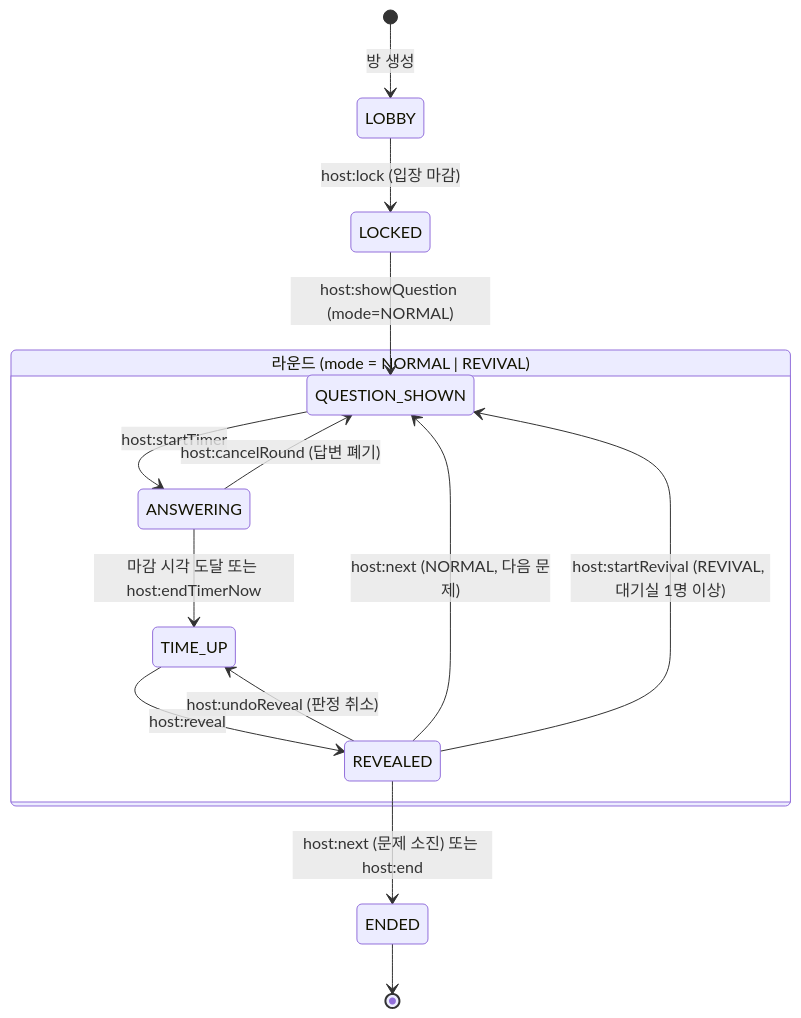
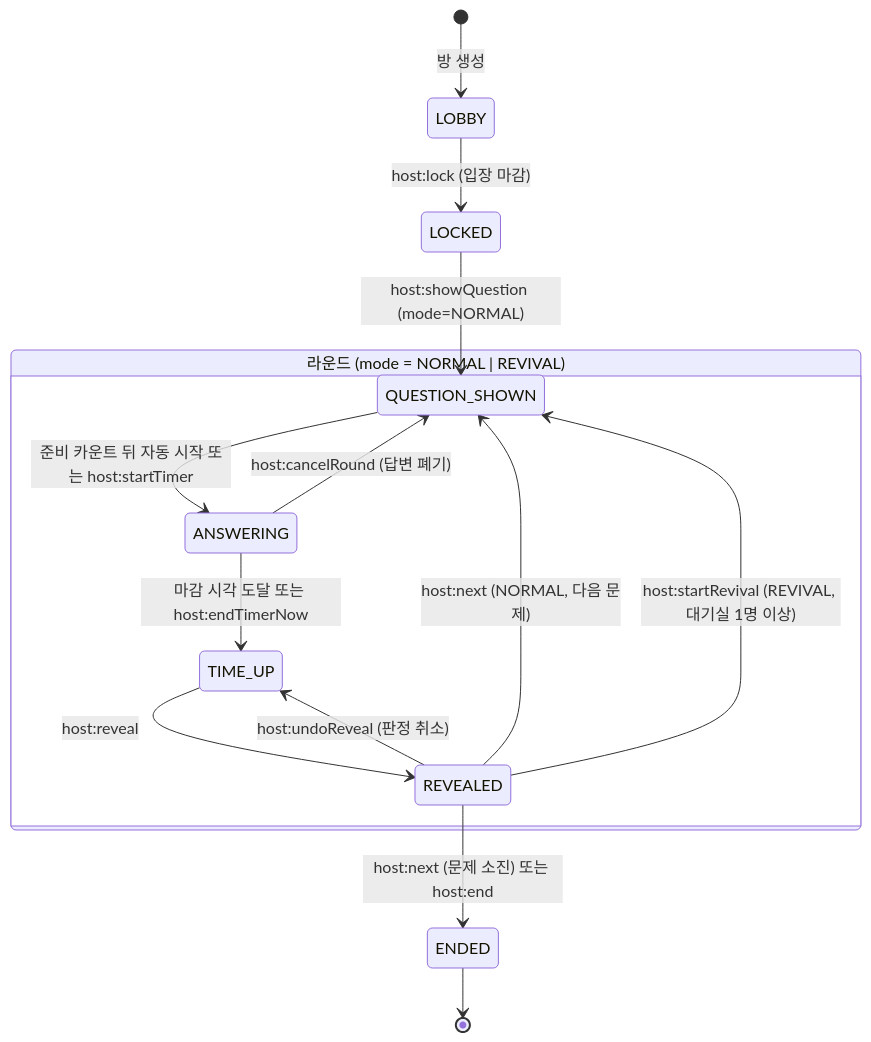
The first of 3 diagrams in DOCS/design/game-flow.md (Gridex-Korea/quiz-ox), drawn with Mermaid before and after one commit. The commit also changed other lines of this file and 20 other files, not shown here.

````diff
--- a/DOCS/design/game-flow.md
+++ b/DOCS/design/game-flow.md
@@ -45,17 +45,17 @@
 ```mermaid
 stateDiagram-v2
     [*] --> LOBBY: 방 생성
     LOBBY --> LOCKED: host:lock (입장 마감)
     LOCKED --> QUESTION_SHOWN: host:showQuestion (mode=NORMAL)
     state "라운드 (mode = NORMAL | REVIVAL)" as ROUND {
-        QUESTION_SHOWN --> ANSWERING: host:startTimer
+        QUESTION_SHOWN --> ANSWERING: 준비 카운트 뒤 자동 시작 또는 host:startTimer
         ANSWERING --> TIME_UP: 마감 시각 도달 또는 host:endTimerNow
         TIME_UP --> REVEALED: host:reveal
         REVEALED --> TIME_UP: host:undoReveal (판정 취소)
         ANSWERING --> QUESTION_SHOWN: host:cancelRound (답변 폐기)
     }
     REVEALED --> QUESTION_SHOWN: host:next (NORMAL, 다음 문제)
     REVEALED --> QUESTION_SHOWN: host:startRevival (REVIVAL, 대기실 1명 이상)
     REVEALED --> ENDED: host:next (문제 소진) 또는 host:end
     ENDED --> [*]
 ```
````
